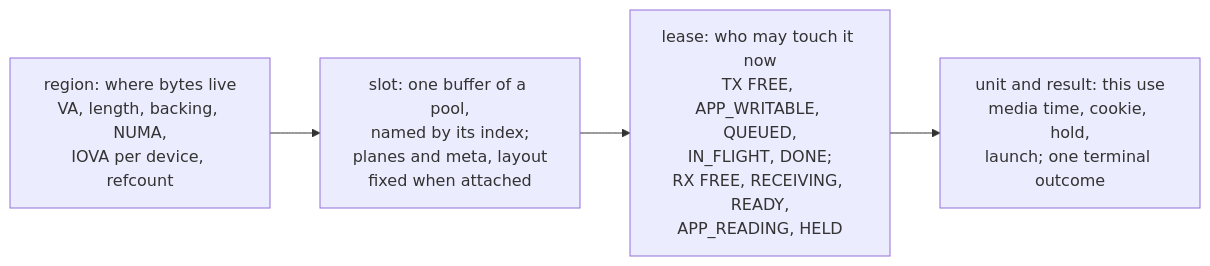
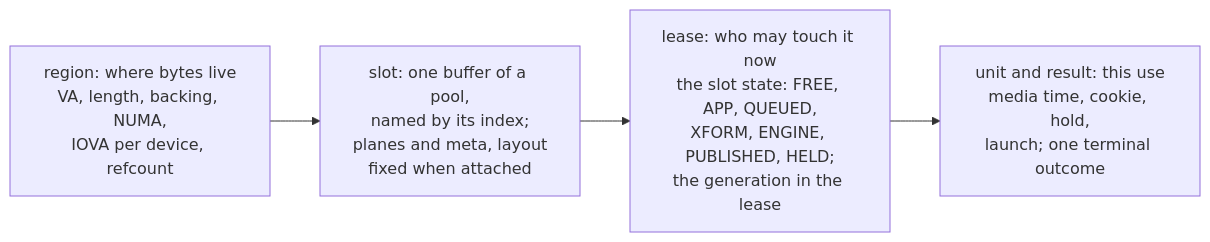
Diagram 38 of 56 in doc/unified-api/diagrams.md (Sakoram/Media-Transport-Library), drawn with Mermaid before and after one commit. The commit also changed other lines of this file and 56 other files, not shown here.

````diff
--- a/doc/unified-api/diagrams.md
+++ b/doc/unified-api/diagrams.md
@@ -925,6 +1036,6 @@
 ```mermaid
 flowchart LR
     R["region: where bytes live<br/>VA, length, backing, NUMA,<br/>IOVA per device, refcount"] --> S["slot: one buffer of a pool,<br/>named by its index;<br/>planes and meta, layout<br/>fixed when attached"]
-    S --> L["lease: who may touch it now<br/>TX FREE, APP_WRITABLE, QUEUED,<br/>IN_FLIGHT, DONE;<br/>RX FREE, RECEIVING, READY,<br/>APP_READING, HELD"]
+    S --> L["lease: who may touch it now<br/>the slot state: FREE, APP, QUEUED,<br/>XFORM, ENGINE, PUBLISHED, HELD;<br/>the generation in the lease"]
     L --> U["unit and result: this use<br/>media time, cookie, hold,<br/>launch; one terminal outcome"]
 ```
````
